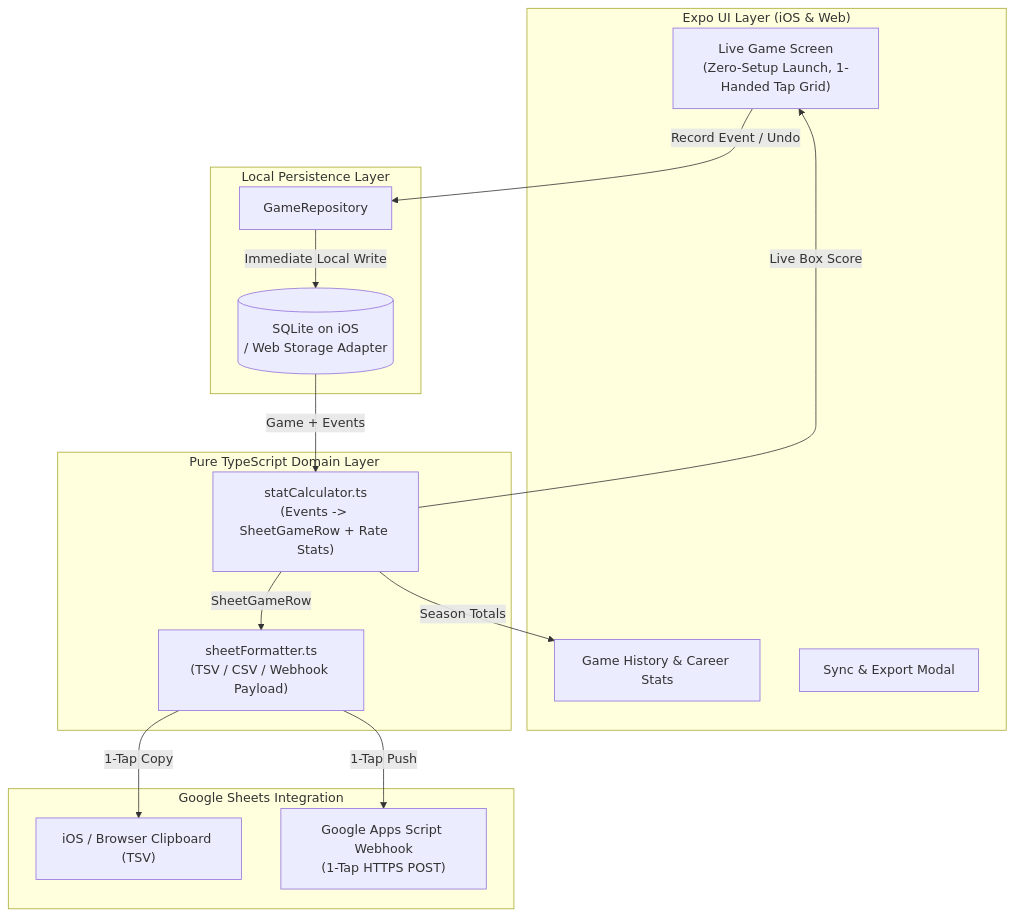
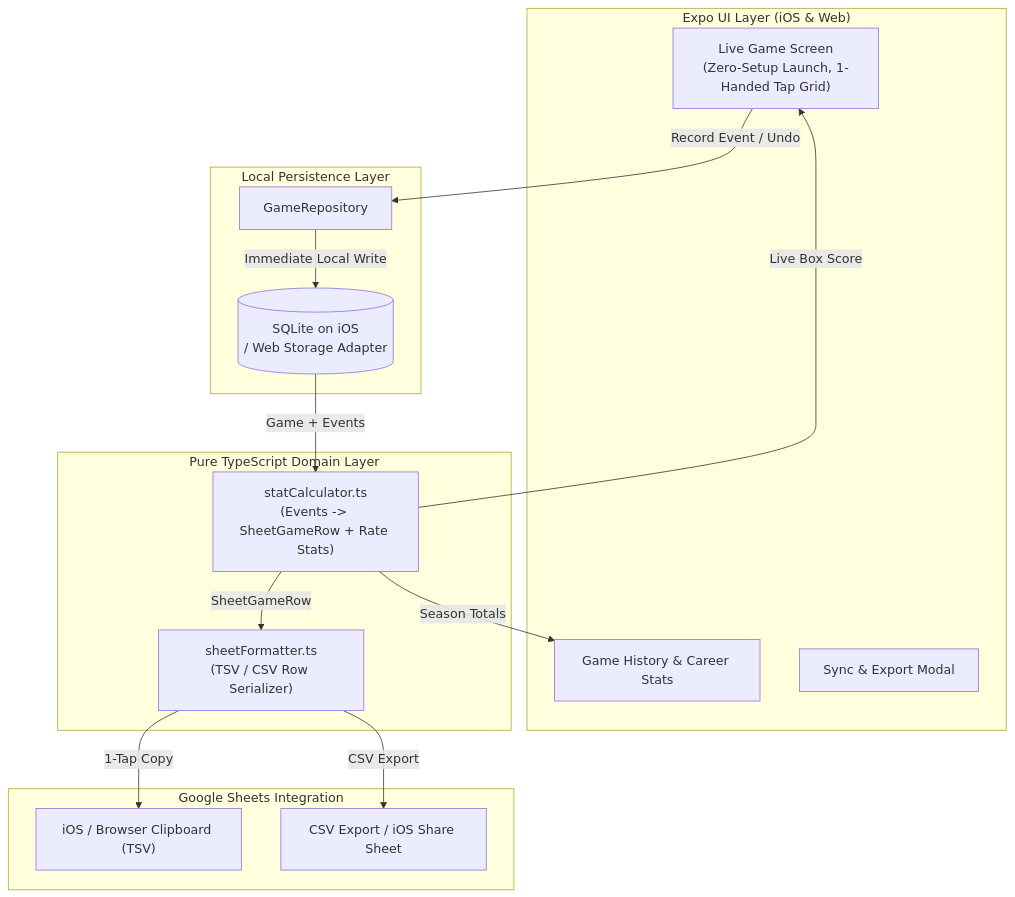
Before and after one commit to 1024Adam/baseball-box-score: the diagram in ARCHITECTURE.md, drawn with Mermaid. The commit also changed other lines of this file and 2 other files, not shown here.

````diff
--- a/ARCHITECTURE.md
+++ b/ARCHITECTURE.md
@@ -190,32 +190,32 @@
 ```mermaid
 flowchart TD
     subgraph UI["Expo UI Layer (iOS & Web)"]
         LiveScreen["Live Game Screen\n(Zero-Setup Launch, 1-Handed Tap Grid)"]
         HistoryScreen["Game History & Career Stats"]
         ExportModal["Sync & Export Modal"]
     end
 
     subgraph Domain["Pure TypeScript Domain Layer"]
         StatCalc["statCalculator.ts\n(Events -> SheetGameRow + Rate Stats)"]
-        SheetFormatter["sheetFormatter.ts\n(TSV / CSV / Webhook Payload)"]
+        SheetFormatter["sheetFormatter.ts\n(TSV / CSV Row Serializer)"]
     end
 
     subgraph Storage["Local Persistence Layer"]
         Repo["GameRepository"]
         DB[("SQLite on iOS\n/ Web Storage Adapter")]
     end
 
     subgraph External["Google Sheets Integration"]
         Clipboard["iOS / Browser Clipboard (TSV)"]
-        Webhook["Google Apps Script Webhook\n(1-Tap HTTPS POST)"]
+        CsvShare["CSV Export / iOS Share Sheet"]
     end
 
     LiveScreen -->|"Record Event / Undo"| Repo
     Repo -->|"Immediate Local Write"| DB
     DB -->|"Game + Events"| StatCalc
     StatCalc -->|"Live Box Score"| LiveScreen
     StatCalc -->|"Season Totals"| HistoryScreen
     StatCalc -->|"SheetGameRow"| SheetFormatter
     SheetFormatter -->|"1-Tap Copy"| Clipboard
-    SheetFormatter -->|"1-Tap Push"| Webhook
+    SheetFormatter -->|"CSV Export"| CsvShare
 ```
````
